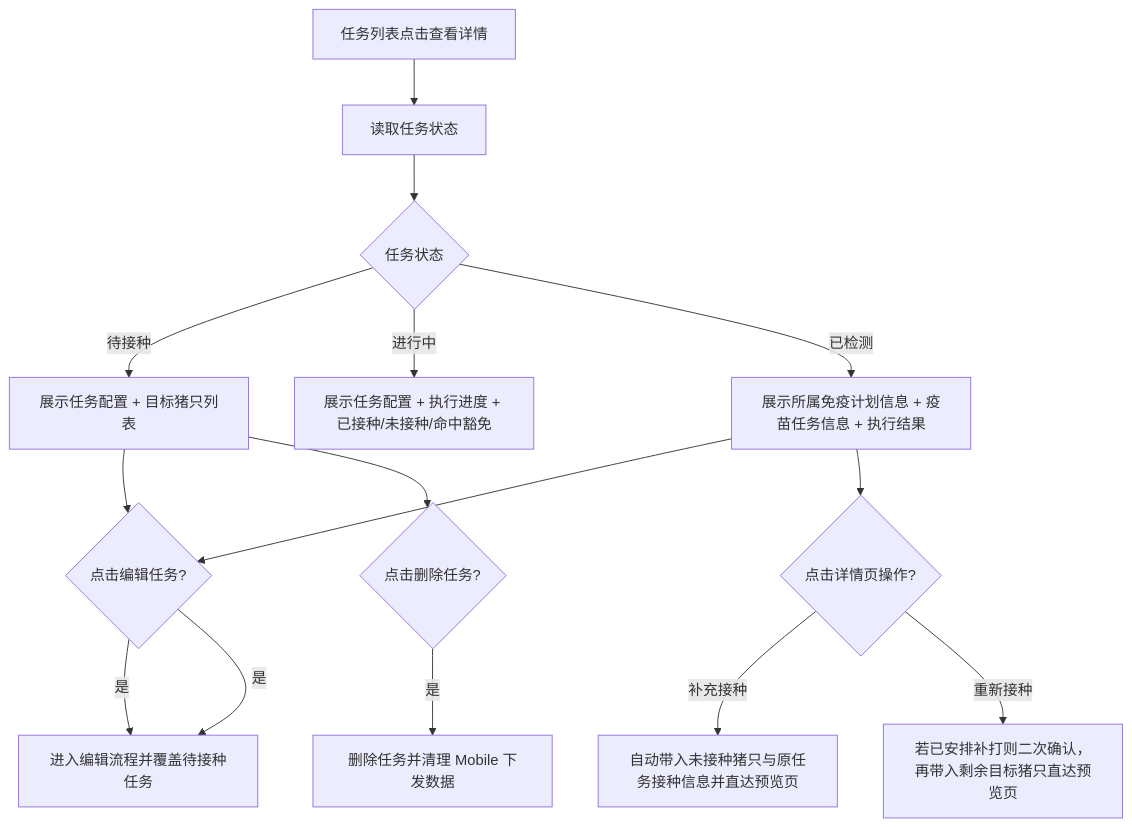
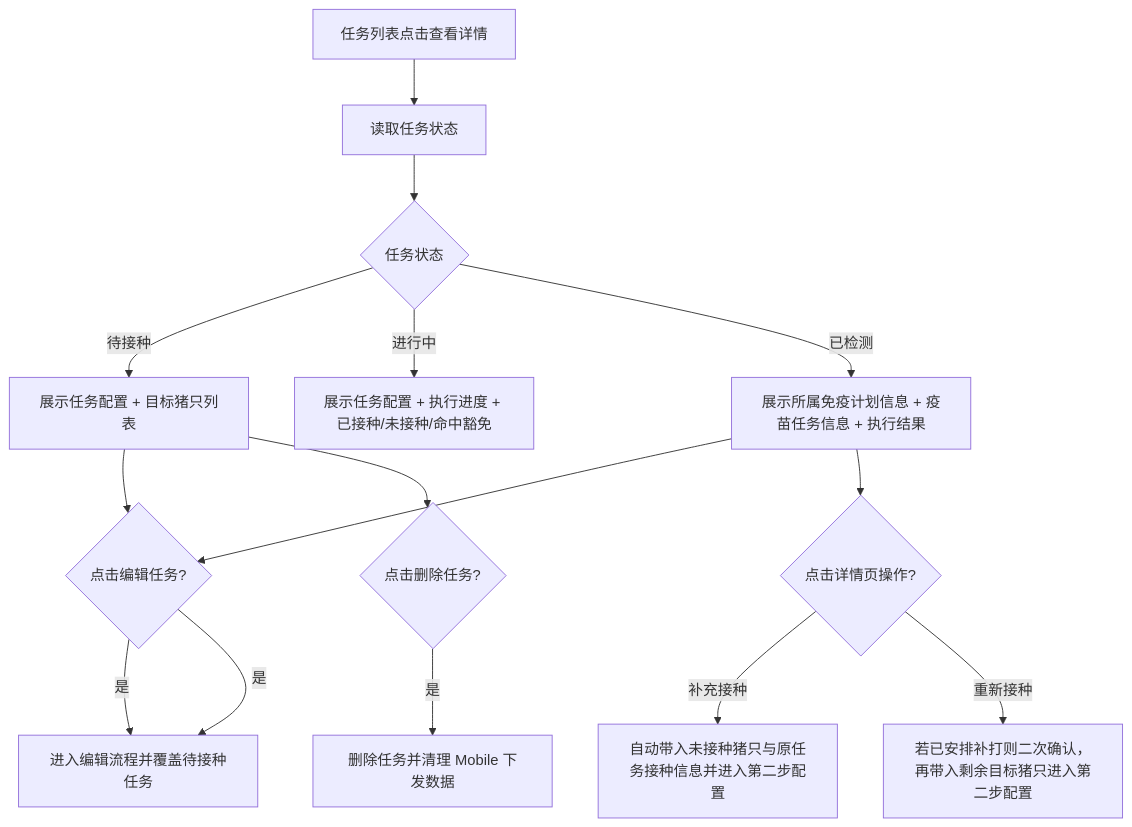
The first of 2 diagrams in prds/vaccine prd/07-Console接种任务详情.md (91Dhua/Vaccine), drawn with Mermaid before and after one commit. The commit also changed other lines of this file and 14 other files, not shown here.

Commit message:
polish vaccine task and review flows

````diff
--- a/prds/vaccine prd/07-Console接种任务详情.md
+++ b/prds/vaccine prd/07-Console接种任务详情.md
@@ -39,17 +39,17 @@
 ```mermaid
 flowchart TD
   A[任务列表点击查看详情] --> B[读取任务状态]
   B --> C{任务状态}
   C -->|待接种| D[展示任务配置 + 目标猪只列表]
   C -->|进行中| E[展示任务配置 + 执行进度 + 已接种/未接种/命中豁免]
   C -->|已检测| F[展示所属免疫计划信息 + 疫苗任务信息 + 执行结果]
   F --> G{实验室是否已提交复核结果}
   G -->|是| H[展示免疫复核结果并决定后续操作]
   D --> G{点击编辑任务?}
   G -->|是| H[进入编辑流程并覆盖待接种任务]
   D --> I{点击删除任务?}
   I -->|是| J[删除任务并清理 Mobile 下发数据]
   F --> K{点击详情页操作?}
-  K -->|补充接种| L[自动带入未接种猪只与原任务接种信息并直达预览页]
-  K -->|重新接种| M[若已安排补打则二次确认，再带入剩余目标猪只直达预览页]
+  K -->|补充接种| L[自动带入未接种猪只与原任务接种信息并进入第二步配置]
+  K -->|重新接种| M[若已安排补打则二次确认，再带入剩余目标猪只进入第二步配置]
 ```
````
